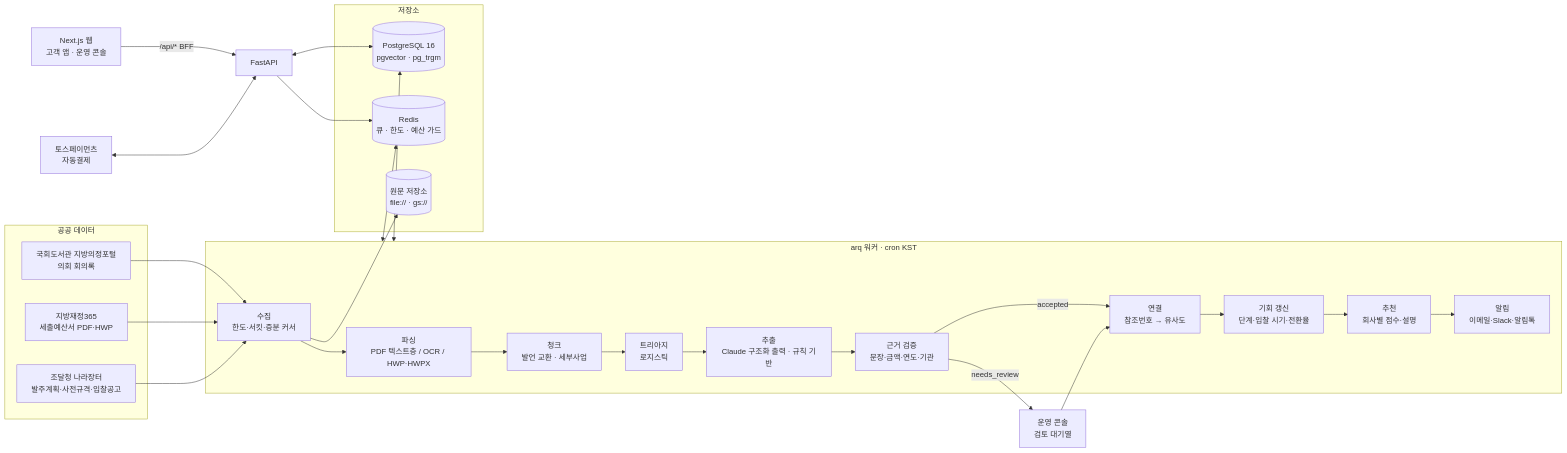
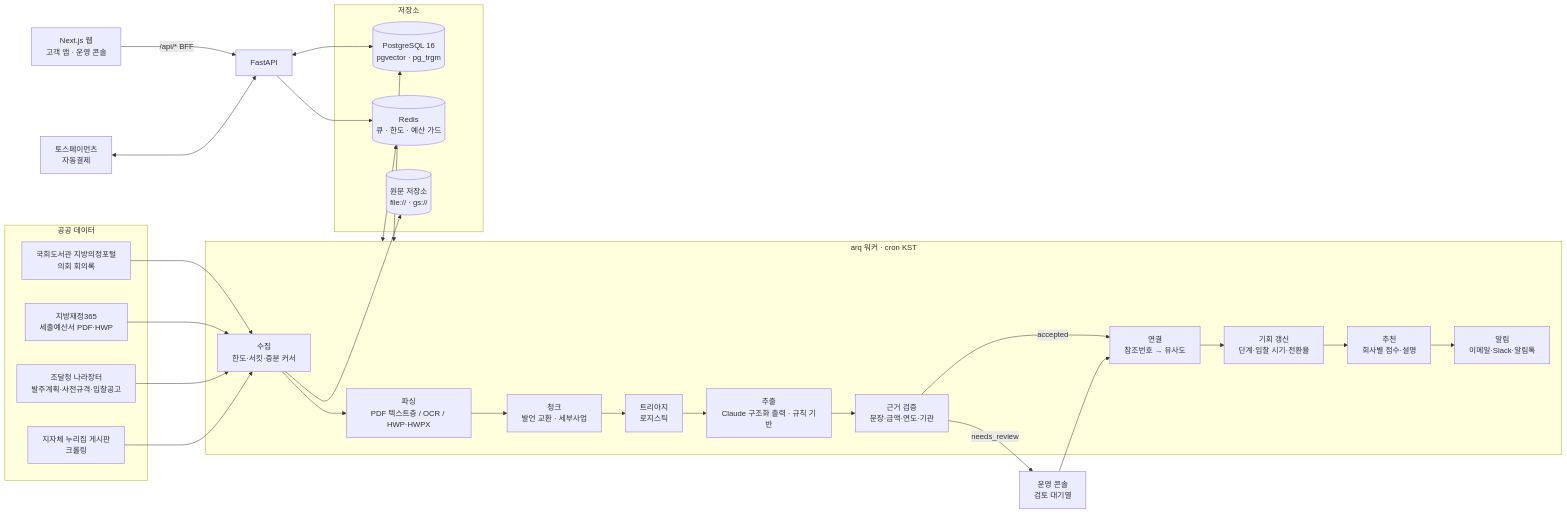
One commit to sokldjs554/mulmit changed the first of 2 diagrams in docs/architecture.md. Above: the diagram before and after it, drawn with Mermaid. The commit also changed other lines of this file and 15 other files, not shown here.

````diff
--- a/docs/architecture.md
+++ b/docs/architecture.md
@@ -5,40 +5,41 @@
 ```mermaid
 flowchart LR
   subgraph Sources[공공 데이터]
     CLIK[국회도서관 지방의정포털<br/>의회 회의록]
     LOFIN[지방재정365<br/>세출예산서 PDF·HWP]
+    BOARD[지자체 누리집 게시판<br/>크롤링]
     G2B[조달청 나라장터<br/>발주계획·사전규격·입찰공고]
   end
 
   subgraph Worker[arq 워커 · cron KST]
     ING[수집<br/>한도·서킷·증분 커서]
     PARSE[파싱<br/>PDF 텍스트층 / OCR / HWP·HWPX]
     CHUNK[청크<br/>발언 교환 · 세부사업]
     TRI[트리아지<br/>로지스틱]
     EXT[추출<br/>Claude 구조화 출력 · 규칙 기반]
     VER[근거 검증<br/>문장·금액·연도·기관]
     LINK[연결<br/>참조번호 → 유사도]
     OPP[기회 갱신<br/>단계·입찰 시기·전환율]
     REC[추천<br/>회사별 점수·설명]
     NOTI[알림<br/>이메일·Slack·알림톡]
   end
 
   subgraph Store[저장소]
     PG[(PostgreSQL 16<br/>pgvector · pg_trgm)]
     RD[(Redis<br/>큐 · 한도 · 예산 가드)]
     GCS[(원문 저장소<br/>file:// · gs://)]
   end
 
-  CLIK & LOFIN & G2B --> ING --> GCS
+  CLIK & LOFIN & G2B & BOARD --> ING --> GCS
   ING --> PARSE --> CHUNK --> TRI --> EXT --> VER
   VER -- accepted --> LINK --> OPP --> REC --> NOTI
   VER -- needs_review --> REVIEW[운영 콘솔<br/>검토 대기열]
   REVIEW --> LINK
   Worker <--> PG
   Worker <--> RD
 
   WEB[Next.js 웹<br/>고객 앱 · 운영 콘솔] -- /api/* BFF --> API[FastAPI]
   API <--> PG
   API --> RD
   TOSS[토스페이먼츠<br/>자동결제] <--> API
 ```
````
